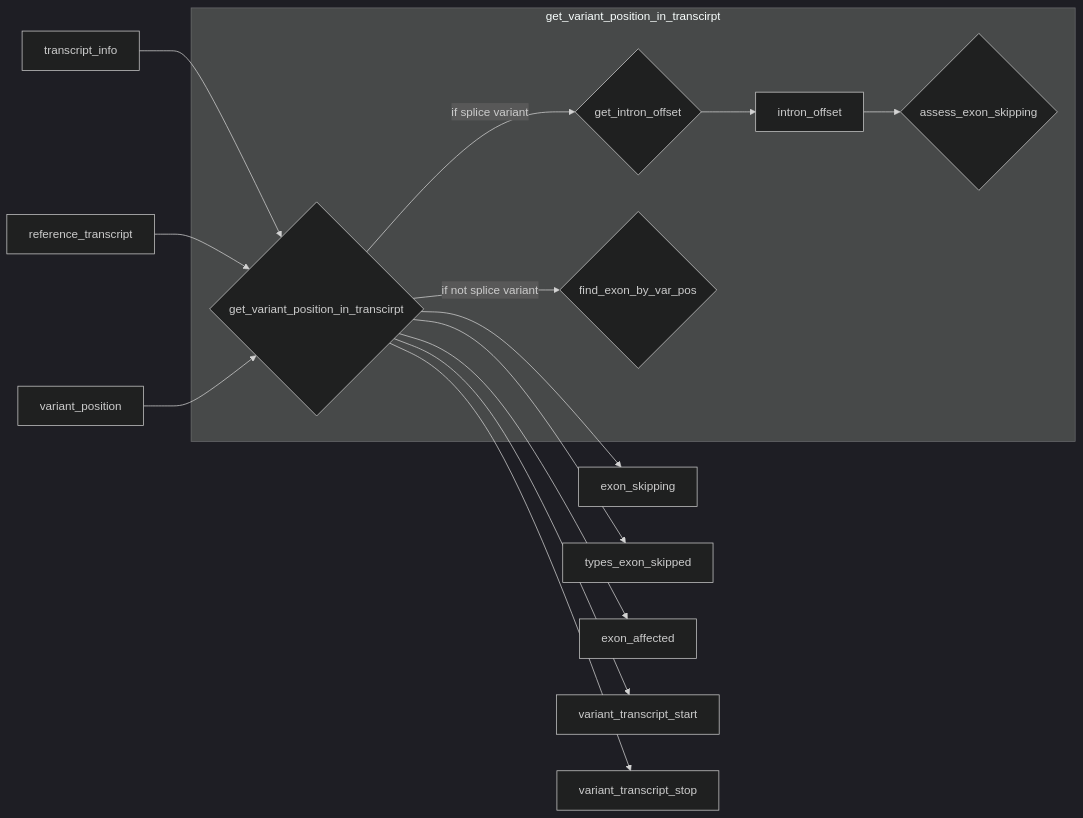
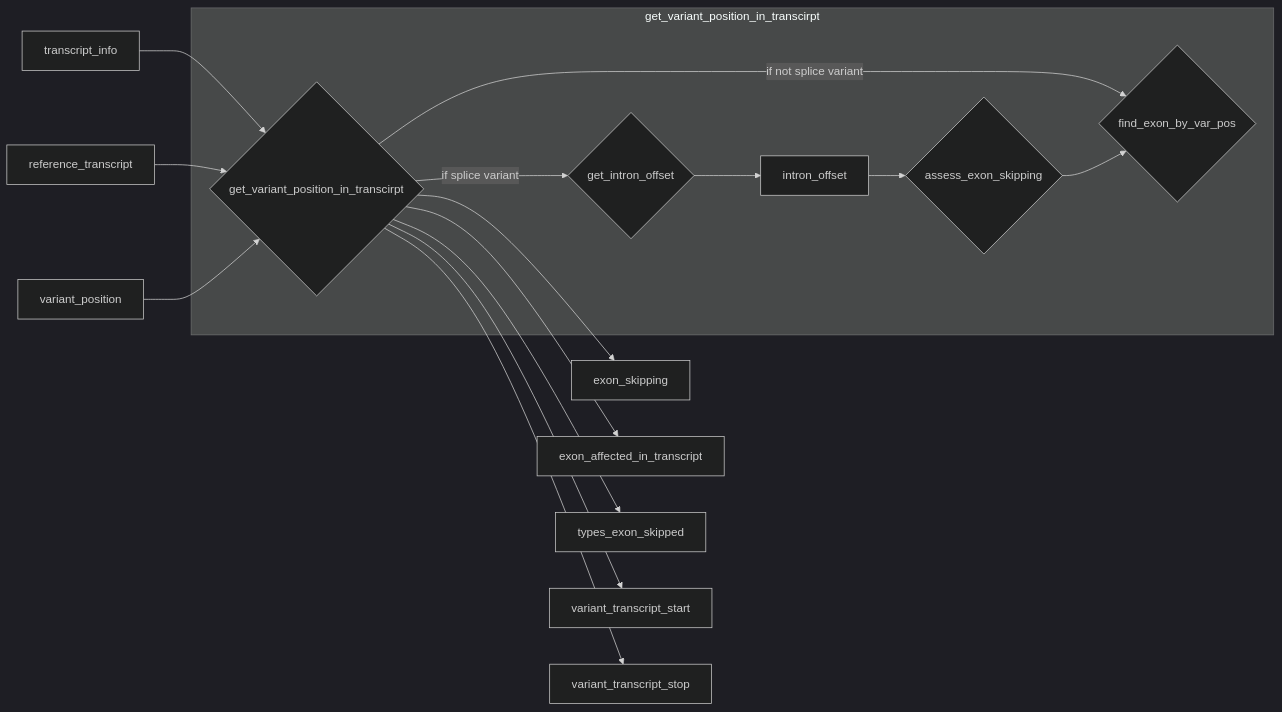
Before and after one commit to akatzke/HerediClassify: the seventh of 14 diagrams in Software_design/Mermaid.org, drawn with Mermaid (dark theme). The commit also changed other lines of this file and 8 other files, not shown here.

```diff
--- a/Software_design/Mermaid.org
+++ b/Software_design/Mermaid.org
@@ -140,17 +153,18 @@
 #+begin_src mermaid :file get_variant_position_in_transcirpt.png
 flowchart LR
    ti[transcript_info] --> gvp{get_variant_position_in_transcirpt}
    gvp --> exon_skipping
+   gvp --> exon_affected_in_transcript
    gvp --> types_exon_skipped
-   gvp --> exon_affected
    gvp --> variant_transcript_start
    gvp --> variant_transcript_stop
    rt[reference_transcript] --> gvp
    vp[variant_position] --> gvp
    subgraph get_variant_position_in_transcirpt
        gvp --> |if splice variant| gio{get_intron_offset}
        gvp --> |if not splice variant| fe{find_exon_by_var_pos}
        gio --> io[intron_offset]
        io --> aes{assess_exon_skipping}
+       aes --> fe
        end
 #+end_src
```
